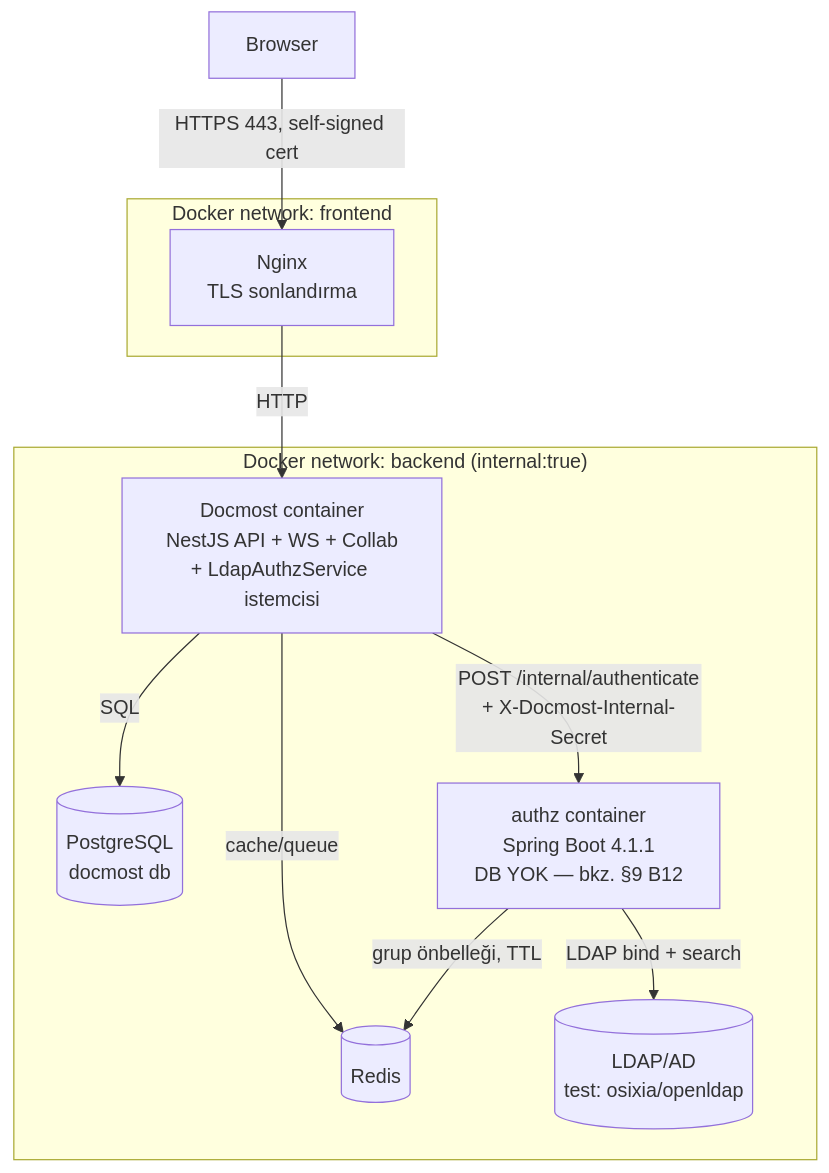
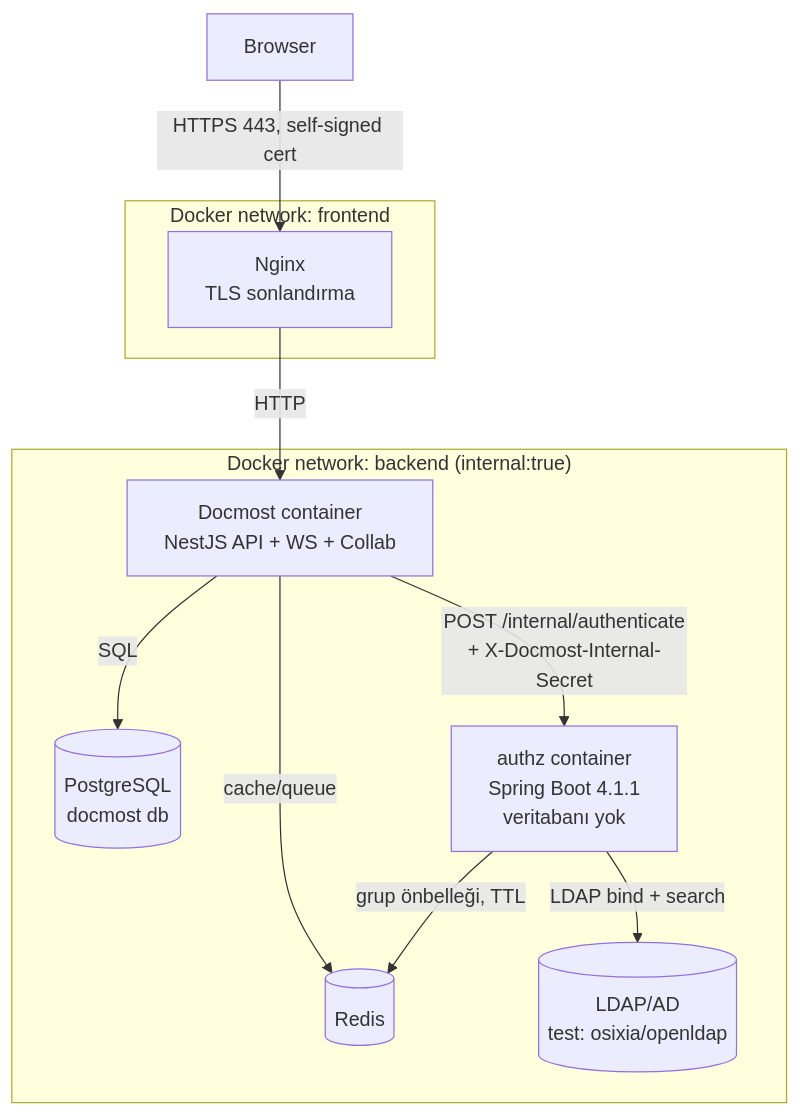
Before and after one commit to farukonder-ingtr/docmost: the first of 2 diagrams in ingwiki/spec/03-final-architecture-and-use-cases.md, drawn with Mermaid. The commit also changed other lines of this file and 5 other files, not shown here.

````diff
--- a/ingwiki/spec/03-final-architecture-and-use-cases.md
+++ b/ingwiki/spec/03-final-architecture-and-use-cases.md
@@ -16,24 +16,24 @@
 ```mermaid
 graph TB
     Browser -->|HTTPS 443, self-signed cert| Nginx[Nginx<br/>TLS sonlandırma]
-    Nginx -->|HTTP| Docmost[Docmost container<br/>NestJS API + WS + Collab<br/>+ LdapAuthzService istemcisi]
+    Nginx -->|HTTP| Docmost[Docmost container<br/>NestJS API + WS + Collab]
 
     Docmost -->|SQL| DocmostPG[(PostgreSQL<br/>docmost db)]
     Docmost -->|cache/queue| Redis[(Redis)]
-    Docmost -->|"POST /internal/authenticate<br/>+ X-Docmost-Internal-Secret"| AuthZ[authz container<br/>Spring Boot 4.1.1<br/>DB YOK — bkz. §9 B12]
+    Docmost -->|"POST /internal/authenticate<br/>+ X-Docmost-Internal-Secret"| AuthZ[authz container<br/>Spring Boot 4.1.1<br/>veritabanı yok]
 
     AuthZ -->|LDAP bind + search| LDAP[(LDAP/AD<br/>test: osixia/openldap)]
     AuthZ -->|grup önbelleği, TTL| Redis
 
     subgraph internal["Docker network: backend (internal:true)"]
         Docmost
         AuthZ
         DocmostPG
         Redis
         LDAP
     end
 
     subgraph publicnet["Docker network: frontend"]
         Nginx
     end
 ```
````
